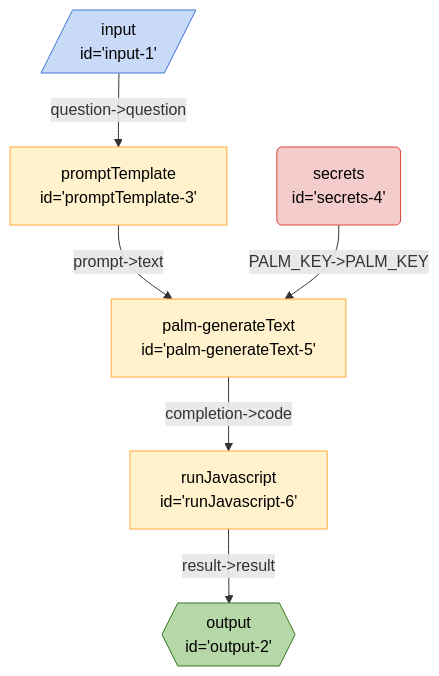
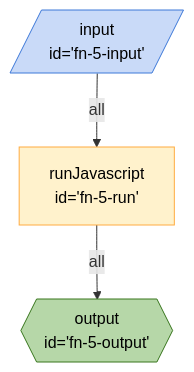
Before and after one commit to breadboard-ai/breadboard: the diagram in packages/breadboard-web/docs/graphs/math-imperative.md, drawn with Mermaid. The commit also changed 43 other files, not shown here.

````diff
--- a/packages/breadboard-web/docs/graphs/math-imperative.md
+++ b/packages/breadboard-web/docs/graphs/math-imperative.md
@@ -3,17 +3,14 @@
 ```mermaid
 %%{init: 'themeVariables': { 'fontFamily': 'Fira Code, monospace' }}%%
 graph TD;
-runJavascript6["runJavascript <br> id='runJavascript-6'"] -- "result->result" --> output2{{"output <br> id='output-2'"}}:::output
-palmgenerateText5["palm-generateText <br> id='palm-generateText-5'"] -- "completion->code" --> runJavascript6["runJavascript <br> id='runJavascript-6'"]
-promptTemplate3["promptTemplate <br> id='promptTemplate-3'"] -- "prompt->text" --> palmgenerateText5["palm-generateText <br> id='palm-generateText-5'"]
-secrets4("secrets <br> id='secrets-4'"):::secrets -- "PALM_KEY->PALM_KEY" --> palmgenerateText5["palm-generateText <br> id='palm-generateText-5'"]
-input1[/"input <br> id='input-1'"/]:::input -- "question->question" --> promptTemplate3["promptTemplate <br> id='promptTemplate-3'"]
+fn5input[/"input <br> id='fn-5-input'"/]:::input -- all --> fn5run["runJavascript <br> id='fn-5-run'"]
+fn5run["runJavascript <br> id='fn-5-run'"] -- all --> fn5output{{"output <br> id='fn-5-output'"}}:::output
 classDef default stroke:#ffab40,fill:#fff2ccff,color:#000
 classDef input stroke:#3c78d8,fill:#c9daf8ff,color:#000
 classDef output stroke:#38761d,fill:#b6d7a8ff,color:#000
 classDef passthrough stroke:#a64d79,fill:#ead1dcff,color:#000
 classDef slot stroke:#a64d79,fill:#ead1dcff,color:#000
 classDef config stroke:#a64d79,fill:#ead1dcff,color:#000
 classDef secrets stroke:#db4437,fill:#f4cccc,color:#000
 classDef slotted stroke:#a64d79
 ```
````
